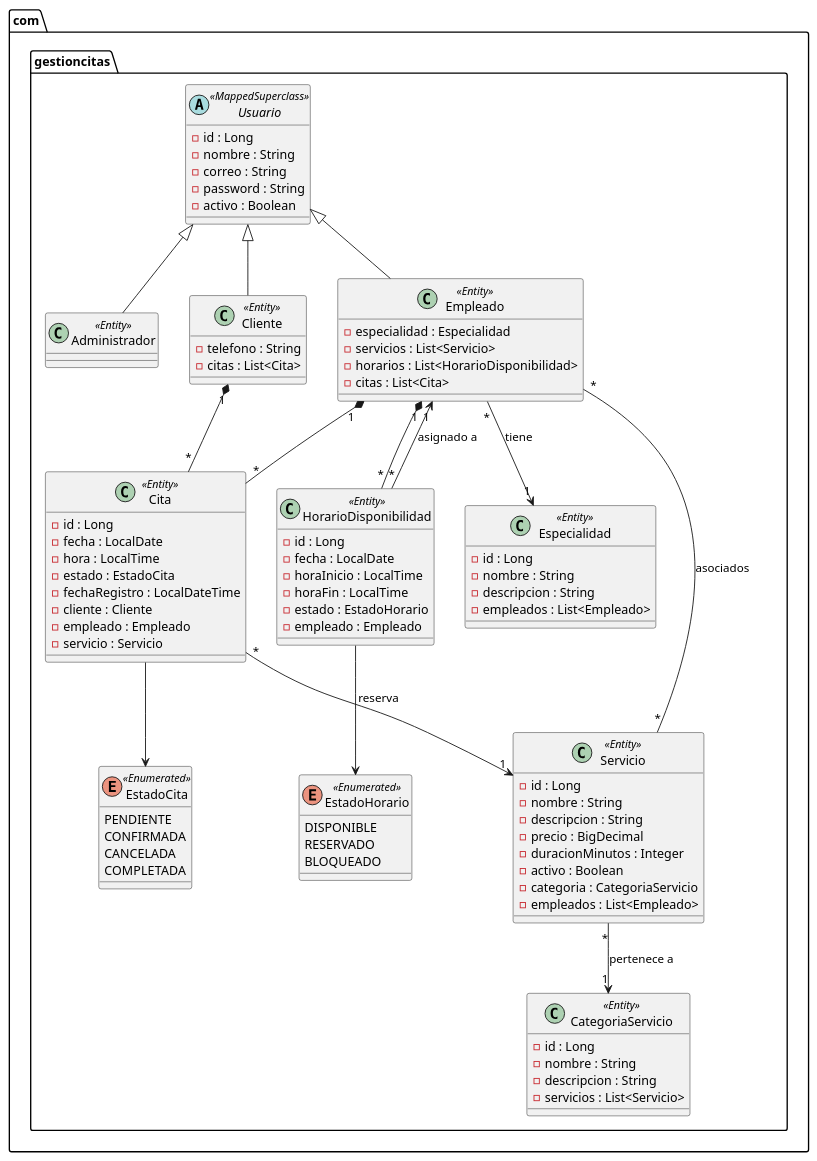
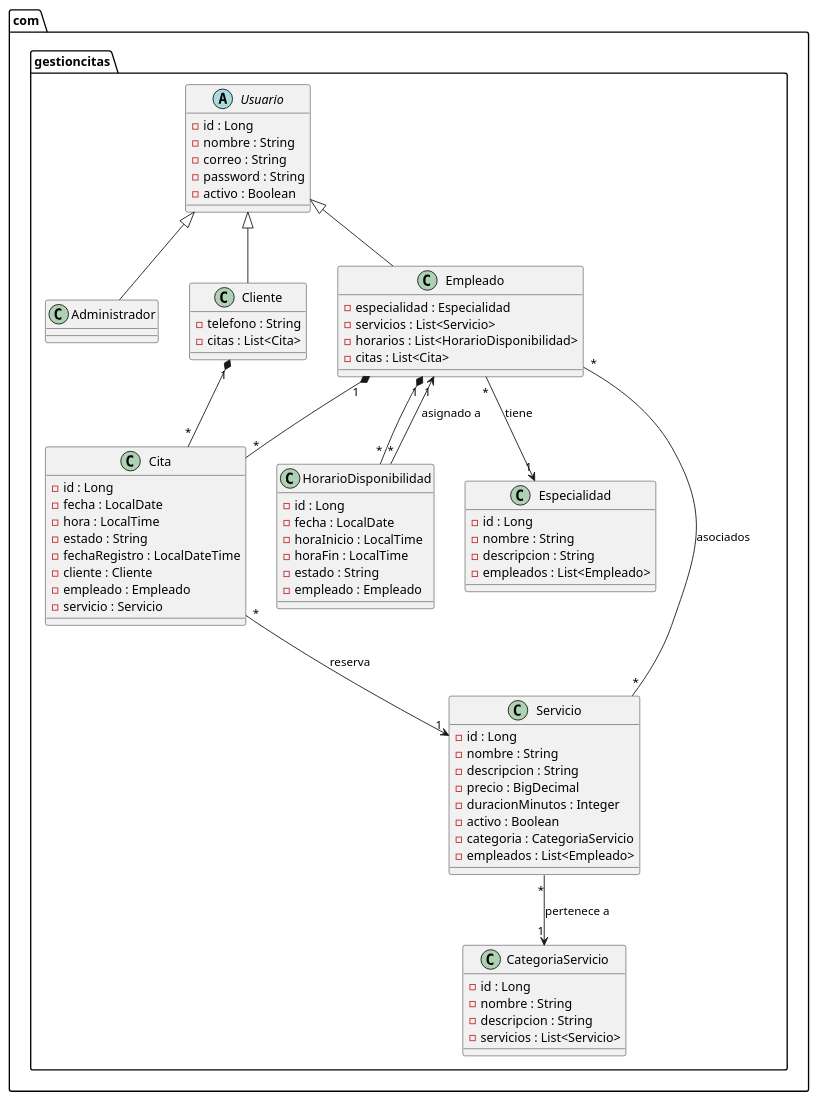
The diagram in diagramas/diagrama_clases.puml (unice786/Plataforma-para-Gestion-de-Citas), drawn with PlantUML before and after one commit. The commit also changed 21 other files, not shown here.

Commit message:
[SCRUM-12] May: Registro de cliente con validacion, verificacion de correo con Mailtrap, autenticacion por sesion, diseno de login/registro y diagramas actualizados

```diff
--- a/diagramas/diagrama_clases.puml
+++ b/diagramas/diagrama_clases.puml
@@ -1,108 +1,102 @@
 @startuml Diagrama_Clases_JPA
 
-package "com.gestioncitas" {
+package com.gestioncitas {
 
-    ' Enumeraciones
-    enum EstadoCita <<Enumerated>> {
-        PENDIENTE
-        CONFIRMADA
-        CANCELADA
-        COMPLETADA
-    }
+   abstract class Usuario {
+       - id : Long
+       - nombre : String
+       - correo : String
+       - password : String
+       - activo : Boolean
+   }
 
-    enum EstadoHorario <<Enumerated>> {
-        DISPONIBLE
-        RESERVADO
-        BLOQUEADO
-    }
+   class Administrador {
+   }
 
-    ' Clase Base Mapeada
-    abstract class Usuario <<MappedSuperclass>> {
-        - id : Long
-        - nombre : String
-        - correo : String
-        - password : String
-        - activo : Boolean
-    }
+   class Cliente {
+       - telefono : String
+       - citas : List<Cita>
+   }
 
-    class Administrador <<Entity>> {
-    }
 
-    class Cliente <<Entity>> {
-        - telefono : String
-        - citas : List<Cita>
-    }
+   class Empleado {
+       - especialidad : Especialidad
+       - servicios : List<Servicio>
+       - horarios : List<HorarioDisponibilidad>
+       - citas : List<Cita>
+   }
 
-    class Empleado <<Entity>> {
-        - especialidad : Especialidad
-        - servicios : List<Servicio>
-        - horarios : List<HorarioDisponibilidad>
-        - citas : List<Cita>
-    }
 
-    class Especialidad <<Entity>> {
-        - id : Long
-        - nombre : String
-        - descripcion : String
-        - empleados : List<Empleado>
-    }
+   class Especialidad {
+       - id : Long
+       - nombre : String
+       - descripcion : String
+       - empleados : List<Empleado>
+   }
 
-    class CategoriaServicio <<Entity>> {
-        - id : Long
-        - nombre : String
-        - descripcion : String
-        - servicios : List<Servicio>
-    }
 
-    class Servicio <<Entity>> {
-        - id : Long
-        - nombre : String
-        - descripcion : String
-        - precio : BigDecimal
-        - duracionMinutos : Integer
-        - activo : Boolean
-        - categoria : CategoriaServicio
-        - empleados : List<Empleado>
-    }
+   class CategoriaServicio {
+       - id : Long
+       - nombre : String
+       - descripcion : String
+       - servicios : List<Servicio>
+   }
 
-    class HorarioDisponibilidad <<Entity>> {
-        - id : Long
-        - fecha : LocalDate
-        - horaInicio : LocalTime
-        - horaFin : LocalTime
-        - estado : EstadoHorario
-        - empleado : Empleado
-    }
 
-    class Cita <<Entity>> {
-        - id : Long
-        - fecha : LocalDate
-        - hora : LocalTime
-        - estado : EstadoCita
-        - fechaRegistro : LocalDateTime
-        - cliente : Cliente
-        - empleado : Empleado
-        - servicio : Servicio
-    }
+   class Servicio {
+       - id : Long
+       - nombre : String
+       - descripcion : String
+       - precio : BigDecimal
+       - duracionMinutos : Integer
+       - activo : Boolean
+       - categoria : CategoriaServicio
+       - empleados : List<Empleado>
+   }
 
-    ' Relaciones de herencia Java
-    Usuario <|-- Administrador
-    Usuario <|-- Cliente
-    Usuario <|-- Empleado
 
-    ' Relaciones de composición/asociación
-    Empleado "*" --> "1" Especialidad : "tiene"
-    Servicio "*" --> "1" CategoriaServicio : "pertenece a"
-    HorarioDisponibilidad "*" --> "1" Empleado : "asignado a"
+   class HorarioDisponibilidad {
+       - id : Long
+       - fecha : LocalDate
+       - horaInicio : LocalTime
+       - horaFin : LocalTime
+       - estado : String
+       - empleado : Empleado
+   }
 
-    Empleado "1" *-- "*" HorarioDisponibilidad
-    Empleado "1" *-- "*" Cita
-    Cliente "1" *-- "*" Cita
 
-    Empleado "*" -- "*" Servicio : "asociados"
-    Cita "*" --> "1" Servicio : "reserva"
-    Cita --> EstadoCita
-    HorarioDisponibilidad --> EstadoHorario
+   class Cita {
+       - id : Long
+       - fecha : LocalDate
+       - hora : LocalTime
+       - estado : String
+       - fechaRegistro : LocalDateTime
+       - cliente : Cliente
+       - empleado : Empleado
+       - servicio : Servicio
+   }
+
+
+   ' Relaciones de herencia Java
+   Usuario <|-- Administrador
+   Usuario <|-- Cliente
+   Usuario <|-- Empleado
+
+
+   ' Relaciones de composición/asociación
+   Empleado "*" --> "1" Especialidad : "tiene"
+   Servicio "*" --> "1" CategoriaServicio : "pertenece a"
+   HorarioDisponibilidad "*" --> "1" Empleado : "asignado a"
+
+
+   Empleado "1" *-- "*" HorarioDisponibilidad
+   Empleado "1" *-- "*" Cita
+   Cliente "1" *-- "*" Cita
+
+
+   Empleado "*" -- "*" Servicio : "asociados"
+   Cita "*" --> "1" Servicio : "reserva"
 }
 
+
 @enduml
```
